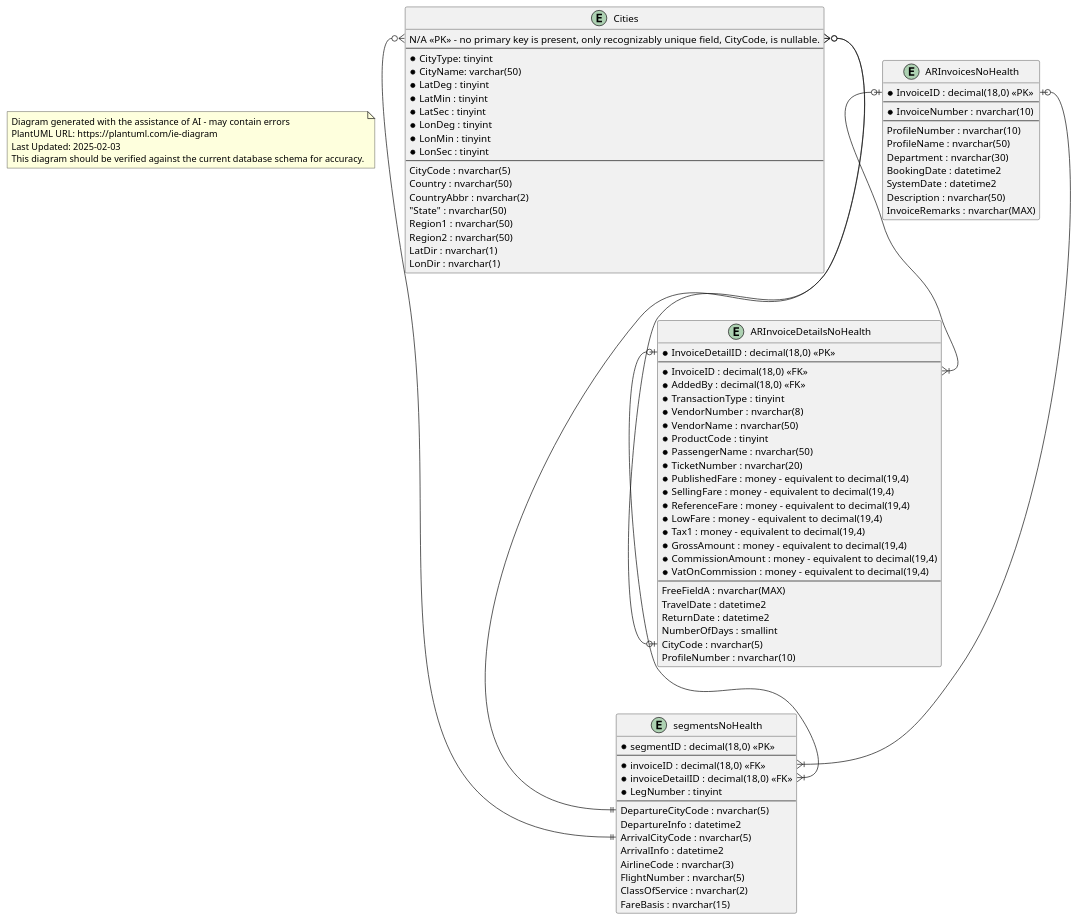
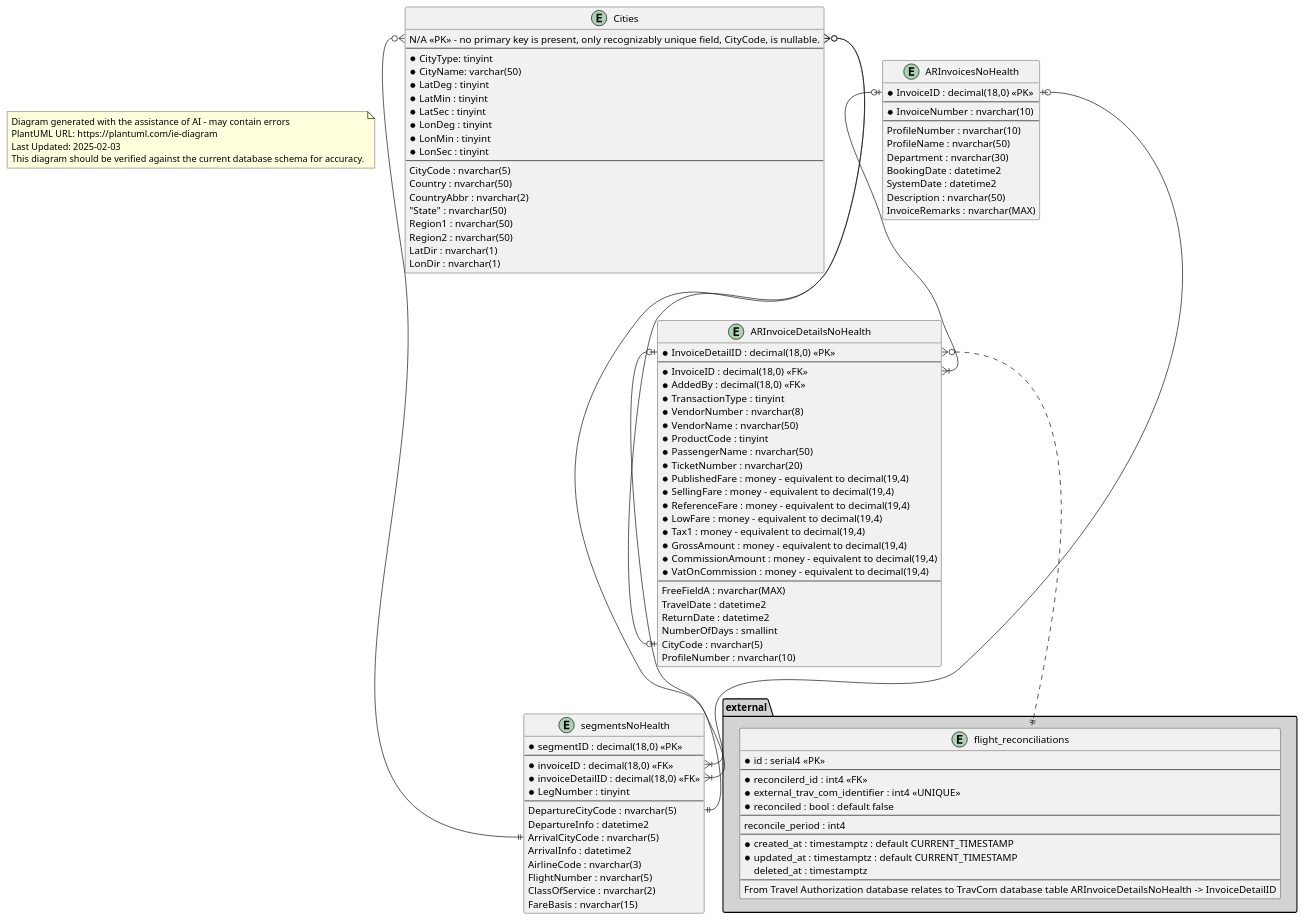
Before and after one commit to ytgov/Travel-Authorization: the diagram in api/src/integrations/trav-com-integration/_Design/Entity Relationship Diagram.plantuml, drawn with PlantUML. The commit also changed 3 other files, not shown here.

Commit message:
:tophat: Update entity relationship diagrams.

```diff
--- a/api/src/integrations/trav-com-integration/_Design/Entity Relationship Diagram.plantuml
+++ b/api/src/integrations/trav-com-integration/_Design/Entity Relationship Diagram.plantuml
@@ -1,98 +1,118 @@
 @startuml Entity Relationship Diagram
 top to bottom direction
 
 note as Disclaimer
 Diagram generated with the assistance of AI - may contain errors
 PlantUML URL: https://plantuml.com/ie-diagram
 Last Updated: 2025-02-03
 This diagram should be verified against the current database schema for accuracy.
 end note
 
 entity "Cities" {
   N/A <<PK>> - no primary key is present, only recognizably unique field, CityCode, is nullable.
   --
   * CityType: tinyint
   * CityName: varchar(50)
   * LatDeg : tinyint
   * LatMin : tinyint
   * LatSec : tinyint
   * LonDeg : tinyint
   * LonMin : tinyint
   * LonSec : tinyint
   --
   CityCode : nvarchar(5)
   Country : nvarchar(50)
   CountryAbbr : nvarchar(2)
   "State" : nvarchar(50)
   Region1 : nvarchar(50)
   Region2 : nvarchar(50)
   LatDir : nvarchar(1)
   LonDir : nvarchar(1)
 }
 
 entity "ARInvoicesNoHealth" {
   * InvoiceID : decimal(18,0) <<PK>>
   --
   * InvoiceNumber : nvarchar(10)
   --
   ProfileNumber : nvarchar(10)
   ProfileName : nvarchar(50)
   Department : nvarchar(30)
   BookingDate : datetime2
   SystemDate : datetime2
   Description : nvarchar(50)
   InvoiceRemarks : nvarchar(MAX)
 }
 
 entity "ARInvoiceDetailsNoHealth" {
   * InvoiceDetailID : decimal(18,0) <<PK>>
   --
   * InvoiceID : decimal(18,0) <<FK>>
   * AddedBy : decimal(18,0) <<FK>>
   * TransactionType : tinyint
   * VendorNumber : nvarchar(8)
   * VendorName : nvarchar(50)
   * ProductCode : tinyint
   * PassengerName : nvarchar(50)
   * TicketNumber : nvarchar(20)
   * PublishedFare : money - equivalent to decimal(19,4)
   * SellingFare : money - equivalent to decimal(19,4)
   * ReferenceFare : money - equivalent to decimal(19,4)
   * LowFare : money - equivalent to decimal(19,4)
   * Tax1 : money - equivalent to decimal(19,4)
   * GrossAmount : money - equivalent to decimal(19,4)
   * CommissionAmount : money - equivalent to decimal(19,4)
   * VatOnCommission : money - equivalent to decimal(19,4)
   --
   FreeFieldA : nvarchar(MAX)
   TravelDate : datetime2
   ReturnDate : datetime2
   NumberOfDays : smallint
   CityCode : nvarchar(5)
   ProfileNumber : nvarchar(10)
 }
 
 entity "segmentsNoHealth" {
   * segmentID : decimal(18,0) <<PK>>
   --
   * invoiceID : decimal(18,0) <<FK>>
   * invoiceDetailID : decimal(18,0) <<FK>>
   * LegNumber : tinyint
   --
   DepartureCityCode : nvarchar(5)
   DepartureInfo : datetime2
   ArrivalCityCode : nvarchar(5)
   ArrivalInfo : datetime2
   AirlineCode : nvarchar(3)
   FlightNumber : nvarchar(5)
   ClassOfService : nvarchar(2)
   FareBasis : nvarchar(15)
 }
 
+namespace external #LightGrey {
+  entity "flight_reconciliations" {
+    * id : serial4 <<PK>>
+    --
+    * reconcilerd_id : int4 <<FK>>
+    * external_trav_com_identifier : int4 <<UNIQUE>>
+    * reconciled : bool : default false
+    --
+    reconcile_period : int4
+    --
+    * created_at : timestamptz : default CURRENT_TIMESTAMP
+    * updated_at : timestamptz : default CURRENT_TIMESTAMP
+    deleted_at : timestamptz
+    --
+    From Travel Authorization database relates to TravCom database table ARInvoiceDetailsNoHealth -> InvoiceDetailID
+  }
+}
+
 ARInvoicesNoHealth::InvoiceID |o--|{ ARInvoiceDetailsNoHealth::InvoiceID
 ARInvoicesNoHealth::InvoiceID |o--|{ segmentsNoHealth::invoiceID
 ARInvoiceDetailsNoHealth::InvoiceDetailID |o--|{ segmentsNoHealth::invoiceDetailID
 Cities::CityCode }o--o| ARInvoiceDetailsNoHealth::CityCode
 Cities::CityCode }o--|| segmentsNoHealth::ArrivalCityCode
 Cities::CityCode }o--|| segmentsNoHealth::DepartureCityCode
+
+ARInvoiceDetailsNoHealth::InvoiceDetailID }o..|| external.flight_reconciliations::invoiceDetailID
 @enduml
```
